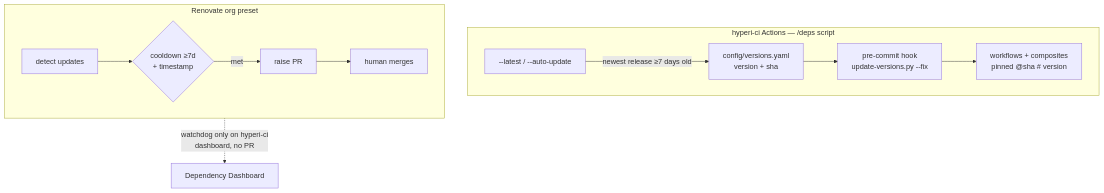
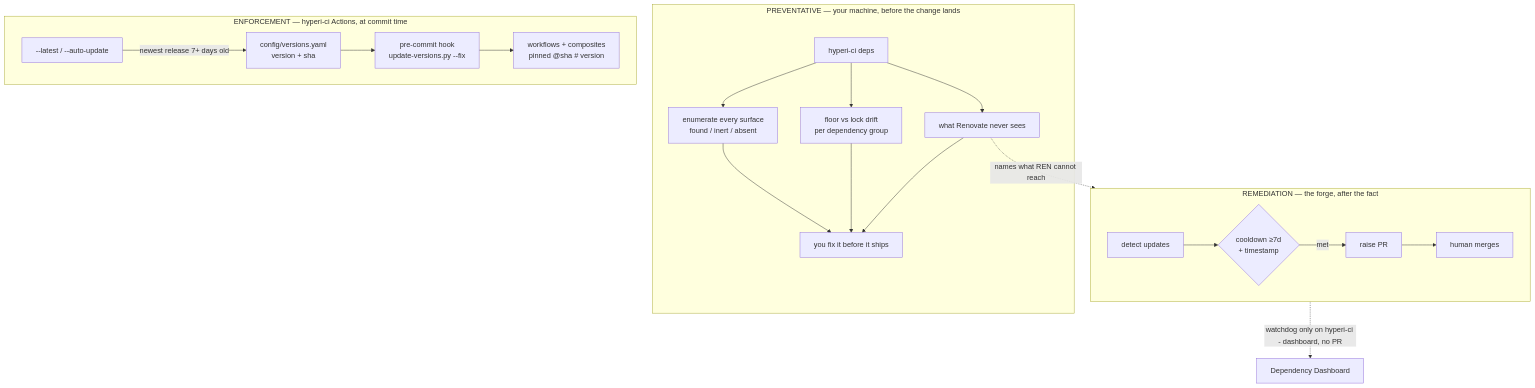
Before and after one commit to hyperi-io/hyperi-ci: the diagram in docs/dependencies/deps-pinning.md, drawn with Mermaid. The commit also changed other lines of this file and 11 other files, not shown here.

````diff
--- a/docs/dependencies/deps-pinning.md
+++ b/docs/dependencies/deps-pinning.md
@@ -60,14 +70,23 @@
 ```mermaid
 flowchart TD
-    subgraph SCRIPT["hyperi-ci Actions — /deps script"]
+    subgraph PREV["PREVENTATIVE — your machine, before the change lands"]
+      DEPS["hyperi-ci deps"] --> SURF["enumerate every surface<br/>found / inert / absent"]
+      DEPS --> DRIFT["floor vs lock drift<br/>per dependency group"]
+      DEPS --> GAPS["what Renovate never sees"]
+      SURF --> YOU["you fix it before it ships"]
+      DRIFT --> YOU
+      GAPS --> YOU
+    end
+    subgraph SCRIPT["ENFORCEMENT — hyperi-ci Actions, at commit time"]
       V["config/versions.yaml<br/>version + sha"] --> H["pre-commit hook<br/>update-versions.py --fix"]
       H --> W["workflows + composites<br/>pinned @sha # version"]
-      L["--latest / --auto-update"] -->|"newest release ≥7 days old"| V
+      L["--latest / --auto-update"] -->|newest release 7+ days old| V
     end
-    subgraph REN["Renovate org preset"]
+    subgraph REN["REMEDIATION — the forge, after the fact"]
       D["detect updates"] --> DD{"cooldown ≥7d<br/>+ timestamp"}
       DD -->|met| PR["raise PR"]
       PR --> HUMAN["human merges"]
     end
-    REN -.->|"watchdog only on hyperi-ci<br/>dashboard, no PR"| DASH["Dependency Dashboard"]
+    REN -.->|watchdog only on hyperi-ci - dashboard, no PR| DASH["Dependency Dashboard"]
+    GAPS -.->|names what REN cannot reach| REN
 ```
````
